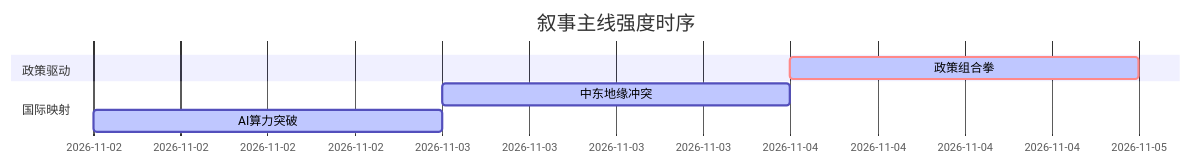
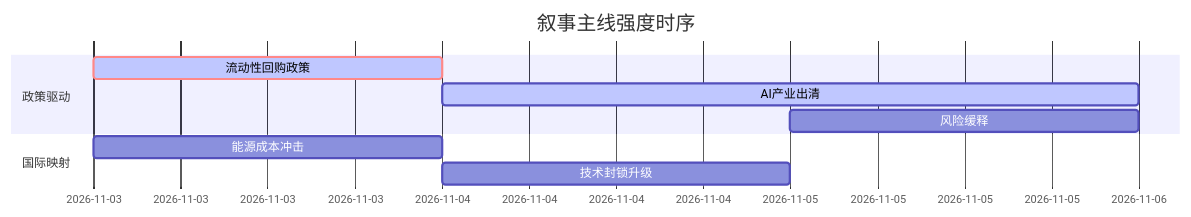
Before and after one commit to uu5zn/uu5zn.github.io: the diagram in 5day_report.md, drawn with Mermaid. The commit also changed other lines of this file and 23 other files, not shown here.

````diff
--- a/5day_report.md
+++ b/5day_report.md
@@ -57,10 +63,13 @@
 ```mermaid
 gantt
     title 叙事主线强度时序
     dateFormat  YYYY-MM-DD
     section 政策驱动
-    政策组合拳   :crit, active, 2026-11-04, 1d
+    流动性回购政策   :crit, active, 2026-11-03, 1d
+    AI产业出清   :active, 2026-11-04, 2d
+    风险缓释   :2026-11-05, 1d
+    
     section 国际映射
-    中东地缘冲突 :active, 2026-11-03, 1d
-    AI算力突破    :active, 2026-11-02, 1d
+    能源成本冲击   :2026-11-03, 1d
+    技术封锁升级   :2026-11-04, 1d
 ```
````
